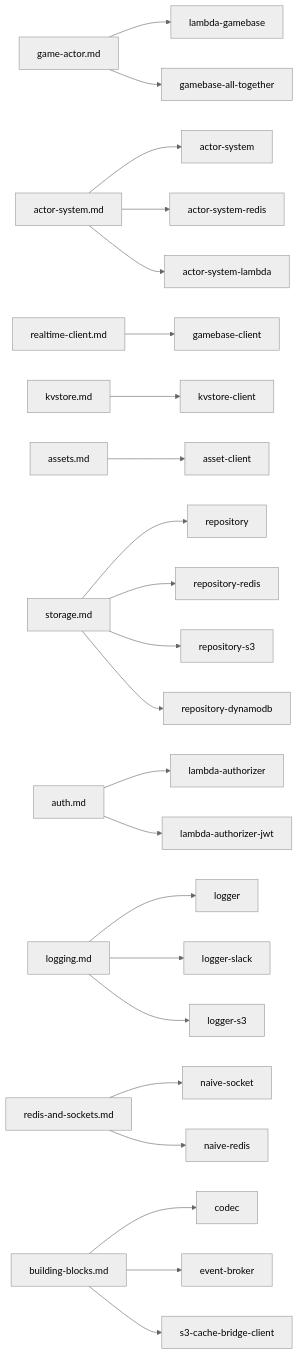
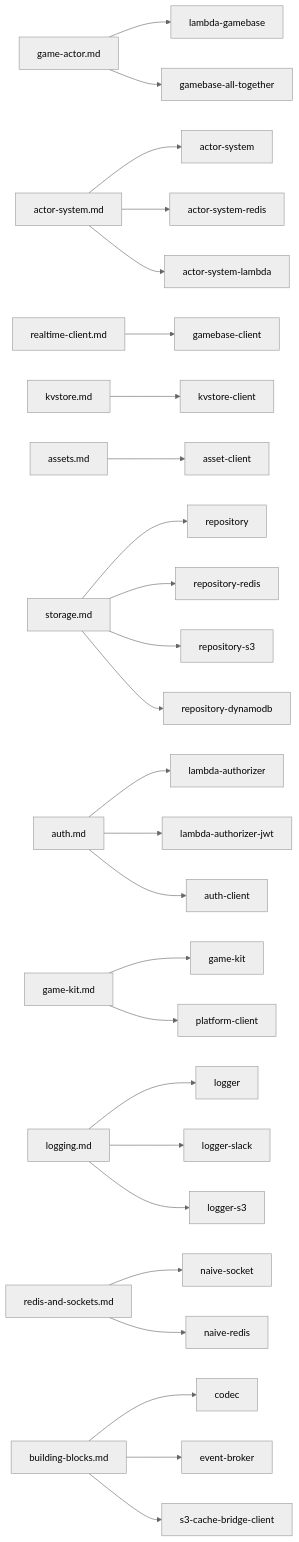
One commit to yingyeothon/tslib changed the diagram in docs/README.md. Above: the diagram before and after it, drawn with Mermaid (neutral theme). The commit also changed other lines of this file and 40 other files, not shown here.

First line of the commit message:
Add Game kit Wave A and supporting client libraries

````diff
--- a/docs/README.md
+++ b/docs/README.md
@@ -37,25 +38,28 @@
 ```mermaid
 flowchart LR
   GA["game-actor.md"] --> lambda-gamebase
   GA --> gamebase-all-together
   AS["actor-system.md"] --> actor-system
   AS --> actor-system-redis
   AS --> actor-system-lambda
   RC["realtime-client.md"] --> gamebase-client
   KV["kvstore.md"] --> kvstore-client
   AB["assets.md"] --> asset-client
   ST["storage.md"] --> repository
   ST --> repository-redis
   ST --> repository-s3
   ST --> repository-dynamodb
   AU["auth.md"] --> lambda-authorizer
   AU --> lambda-authorizer-jwt
+  AU --> auth-client
+  GK["game-kit.md"] --> game-kit
+  GK --> platform-client
   LG["logging.md"] --> logger
   LG --> logger-slack
   LG --> logger-s3
   RS["redis-and-sockets.md"] --> naive-socket
   RS --> naive-redis
   BB["building-blocks.md"] --> codec
   BB --> event-broker
   BB --> s3-cache-bridge-client
 ```
````
